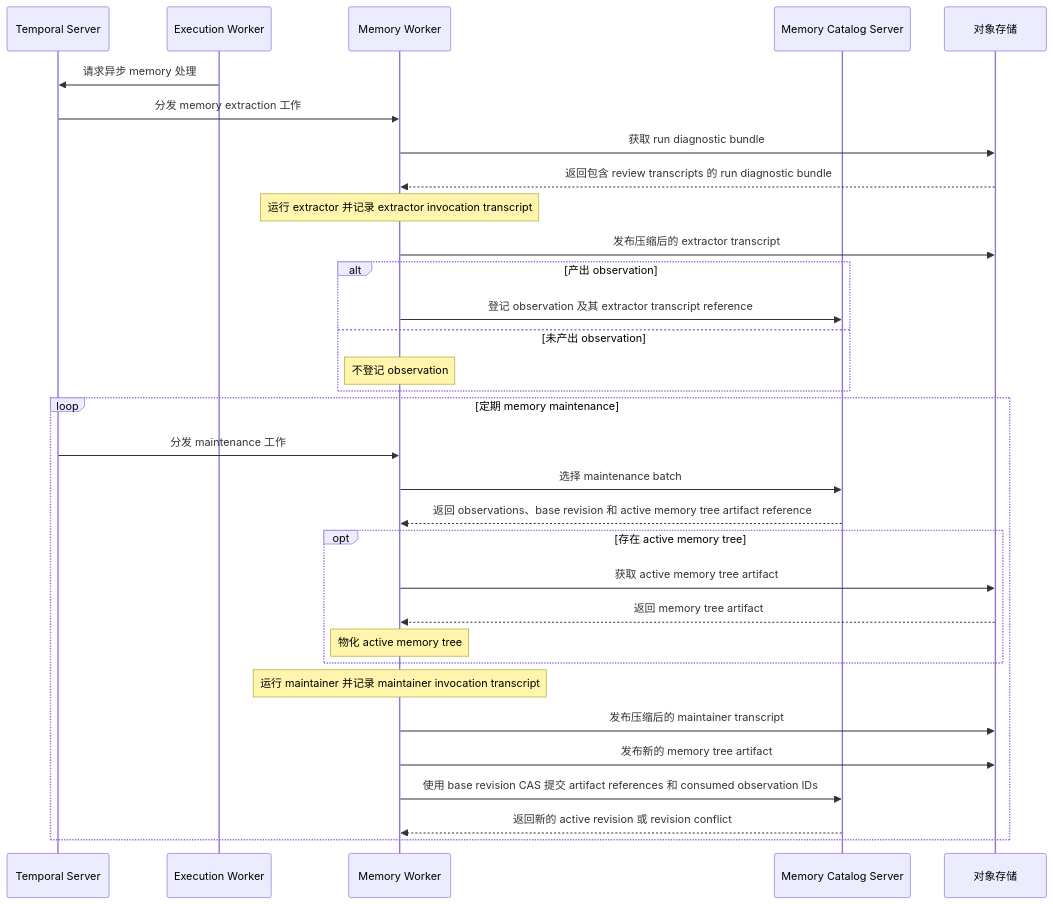
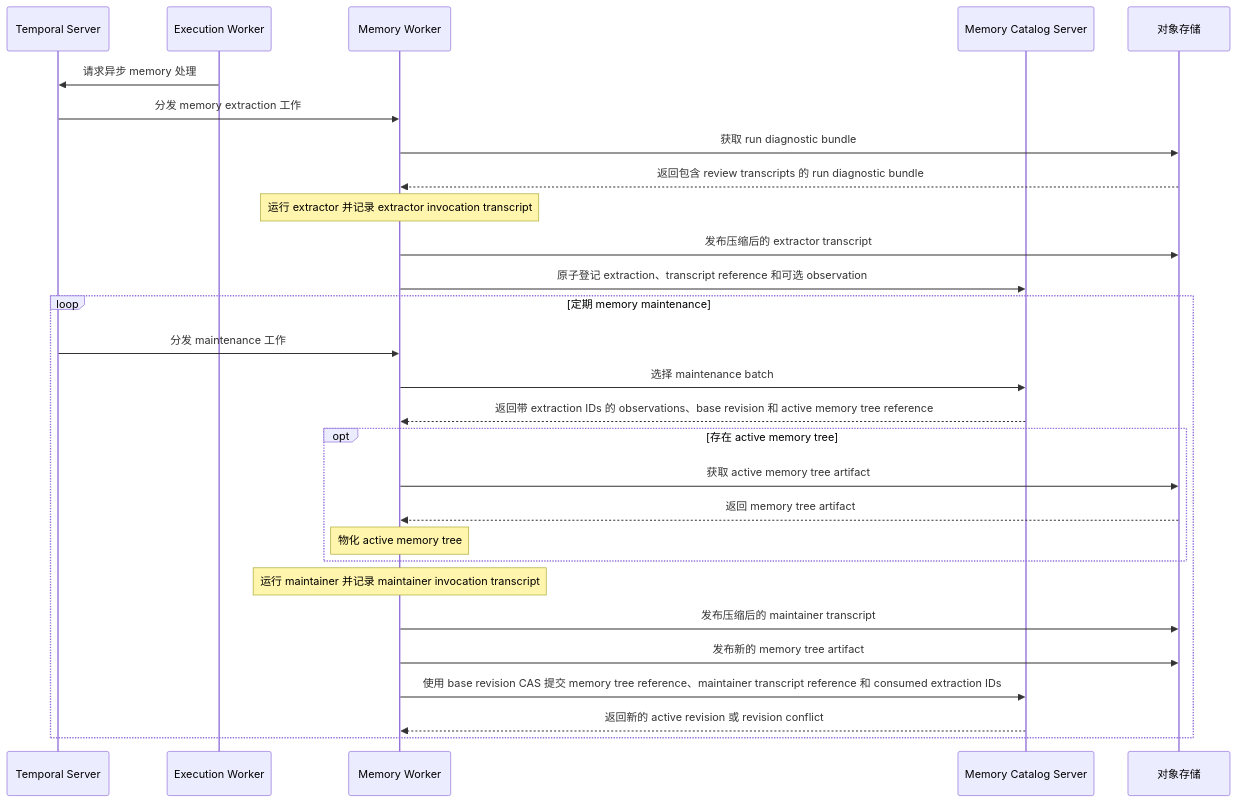
The second of 2 diagrams in docs/architecture/SYSTEM_ARCHITECTURE.zh.md (Agent-AI-Chalmers/sec-review-bot), drawn with Mermaid before and after one commit. The commit also changed 32 other files, not shown here.

Commit message:
refactor(memory)!: make extraction the provenance boundary

````diff
--- a/docs/architecture/SYSTEM_ARCHITECTURE.zh.md
+++ b/docs/architecture/SYSTEM_ARCHITECTURE.zh.md
@@ -65,35 +65,31 @@
 ```mermaid
 sequenceDiagram
   participant Temporal as Temporal Server
   participant ExecutionWorker as Execution Worker
   participant MemoryWorker as Memory Worker
   participant Catalog as Memory Catalog Server
   participant Storage as 对象存储
 
   ExecutionWorker->>Temporal: 请求异步 memory 处理
   Temporal->>MemoryWorker: 分发 memory extraction 工作
   MemoryWorker->>Storage: 获取 run diagnostic bundle
   Storage-->>MemoryWorker: 返回包含 review transcripts 的 run diagnostic bundle
   Note over MemoryWorker: 运行 extractor 并记录 extractor invocation transcript
   MemoryWorker->>Storage: 发布压缩后的 extractor transcript
-  alt 产出 observation
-    MemoryWorker->>Catalog: 登记 observation 及其 extractor transcript reference
-  else 未产出 observation
-    Note over MemoryWorker: 不登记 observation
-  end
+  MemoryWorker->>Catalog: 原子登记 extraction、transcript reference 和可选 observation
   loop 定期 memory maintenance
     Temporal->>MemoryWorker: 分发 maintenance 工作
     MemoryWorker->>Catalog: 选择 maintenance batch
-    Catalog-->>MemoryWorker: 返回 observations、base revision 和 active memory tree artifact reference
+    Catalog-->>MemoryWorker: 返回带 extraction IDs 的 observations、base revision 和 active memory tree reference
     opt 存在 active memory tree
       MemoryWorker->>Storage: 获取 active memory tree artifact
       Storage-->>MemoryWorker: 返回 memory tree artifact
       Note over MemoryWorker: 物化 active memory tree
     end
     Note over MemoryWorker: 运行 maintainer 并记录 maintainer invocation transcript
     MemoryWorker->>Storage: 发布压缩后的 maintainer transcript
     MemoryWorker->>Storage: 发布新的 memory tree artifact
-    MemoryWorker->>Catalog: 使用 base revision CAS 提交 artifact references 和 consumed observation IDs
+    MemoryWorker->>Catalog: 使用 base revision CAS 提交 memory tree reference、maintainer transcript reference 和 consumed extraction IDs
     Catalog-->>MemoryWorker: 返回新的 active revision 或 revision conflict
   end
 ```
````
